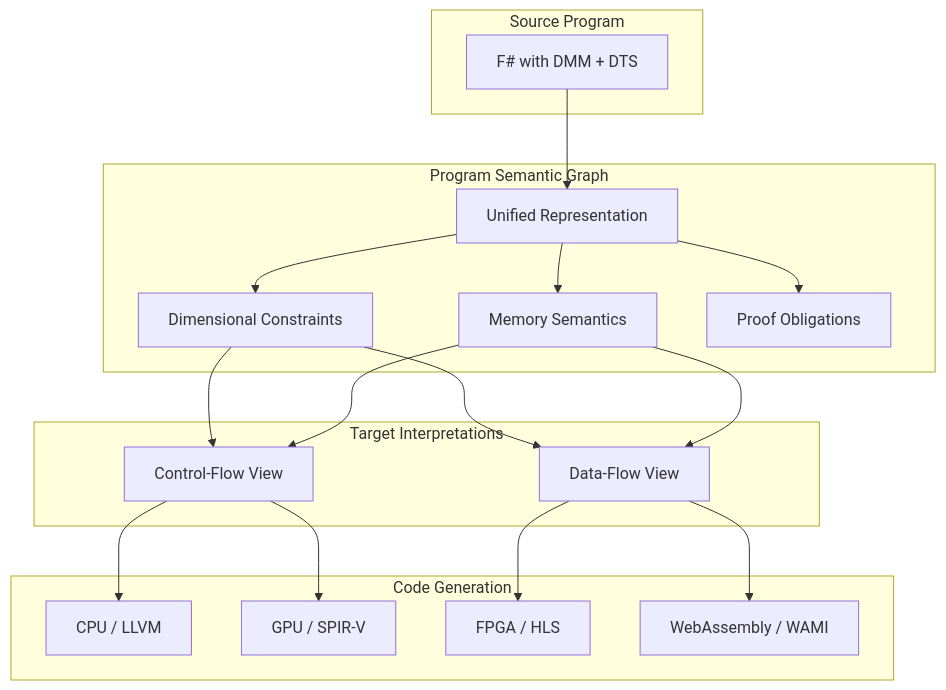
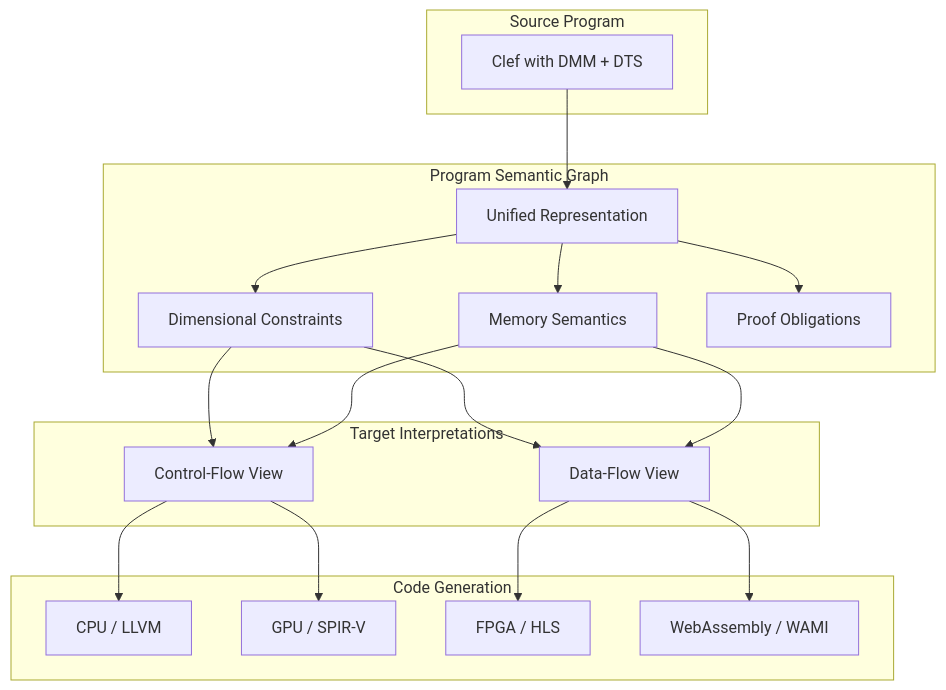
The diagram in hugo/content/docs/design/doubling-down-dmm-dts.md (FidelityFramework/clef-lang-site), drawn with Mermaid before and after one commit. The commit also changed other lines of this file and 5 other files, not shown here.

````diff
--- a/hugo/content/docs/design/doubling-down-dmm-dts.md
+++ b/hugo/content/docs/design/doubling-down-dmm-dts.md
@@ -201,37 +201,37 @@
 ```mermaid
 graph TB
     subgraph "Source Program"
-        FSH[F# with DMM + DTS]
+        FSH[Clef with DMM + DTS]
     end
 
     subgraph "Program Semantic Graph"
         PSG[Unified Representation]
         PSG --> DIM[Dimensional Constraints]
         PSG --> MEM[Memory Semantics]
         PSG --> PROOF[Proof Obligations]
     end
 
     subgraph "Target Interpretations"
         CF[Control-Flow View]
         DF[Data-Flow View]
     end
 
     subgraph "Code Generation"
         CPU[CPU / LLVM]
         GPU[GPU / SPIR-V]
         FPGA[FPGA / HLS]
         WASM[WebAssembly / WAMI]
     end
 
     FSH --> PSG
     DIM --> CF
     DIM --> DF
     MEM --> CF
     MEM --> DF
     CF --> CPU
     CF --> GPU
     DF --> FPGA
     DF --> WASM
 
 
 ```
````
